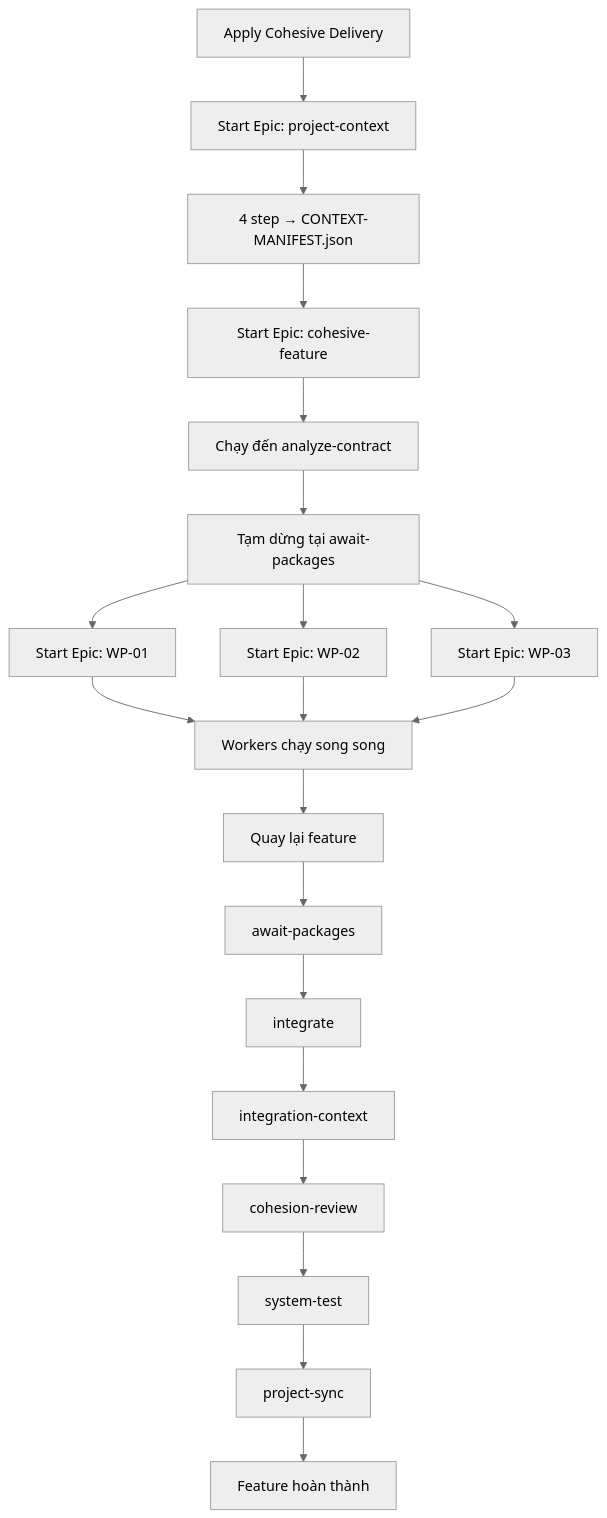
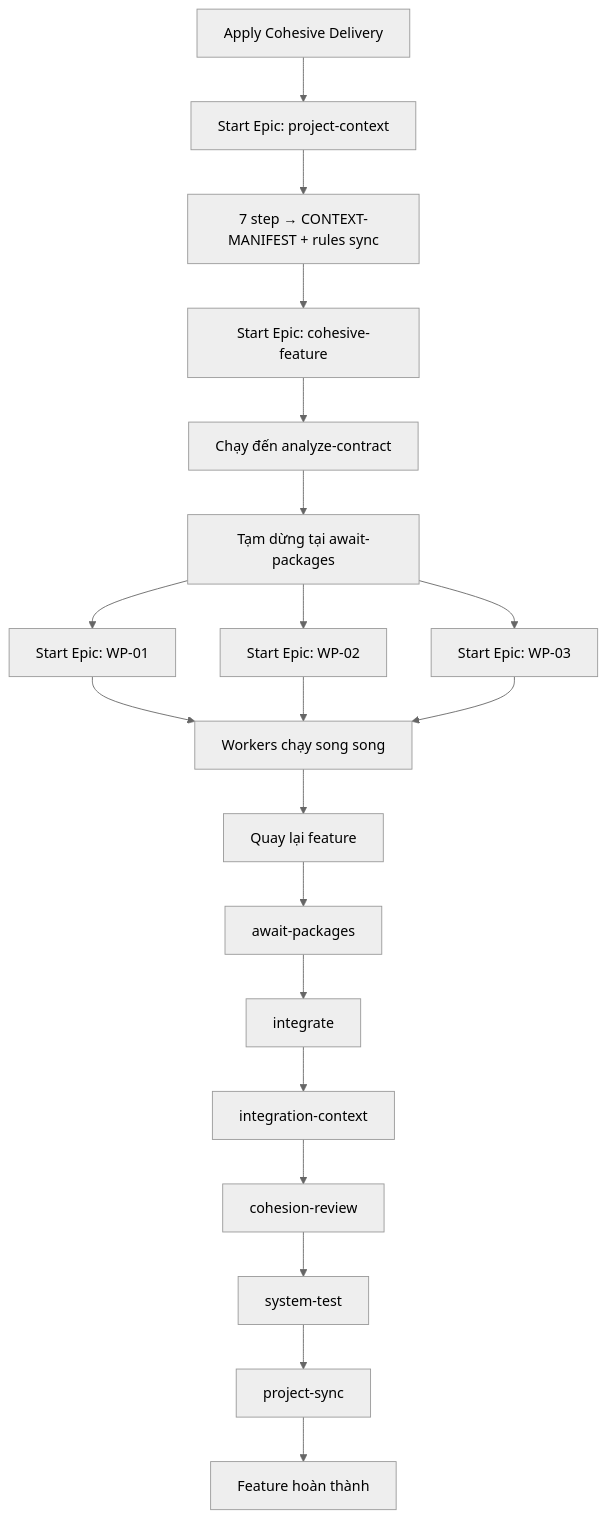
Before and after one commit to o00ontcong/aidlc: the eighth of 8 diagrams in COHESIVE_DELIVERY_UI_GUIDE.md, drawn with Mermaid (neutral theme). The commit also changed other lines of this file and 22 other files, not shown here.

````diff
--- a/COHESIVE_DELIVERY_UI_GUIDE.md
+++ b/COHESIVE_DELIVERY_UI_GUIDE.md
@@ -477,25 +481,25 @@
 ```mermaid
 flowchart TB
   A[Apply Cohesive Delivery] --> B[Start Epic: project-context]
-  B --> C[4 step → CONTEXT-MANIFEST.json]
+  B --> C[7 step → CONTEXT-MANIFEST + rules sync]
   C --> D[Start Epic: cohesive-feature]
   D --> E[Chạy đến analyze-contract]
   E --> F[Tạm dừng tại await-packages]
 
   F --> G1[Start Epic: WP-01]
   F --> G2[Start Epic: WP-02]
   F --> G3[Start Epic: WP-03]
 
   G1 --> H[Workers chạy song song]
   G2 --> H
   G3 --> H
 
   H --> I[Quay lại feature]
   I --> J[await-packages]
   J --> K[integrate]
   K --> L[integration-context]
   L --> M[cohesion-review]
   M --> N[system-test]
   N --> O[project-sync]
   O --> P[Feature hoàn thành]
 ```
````
